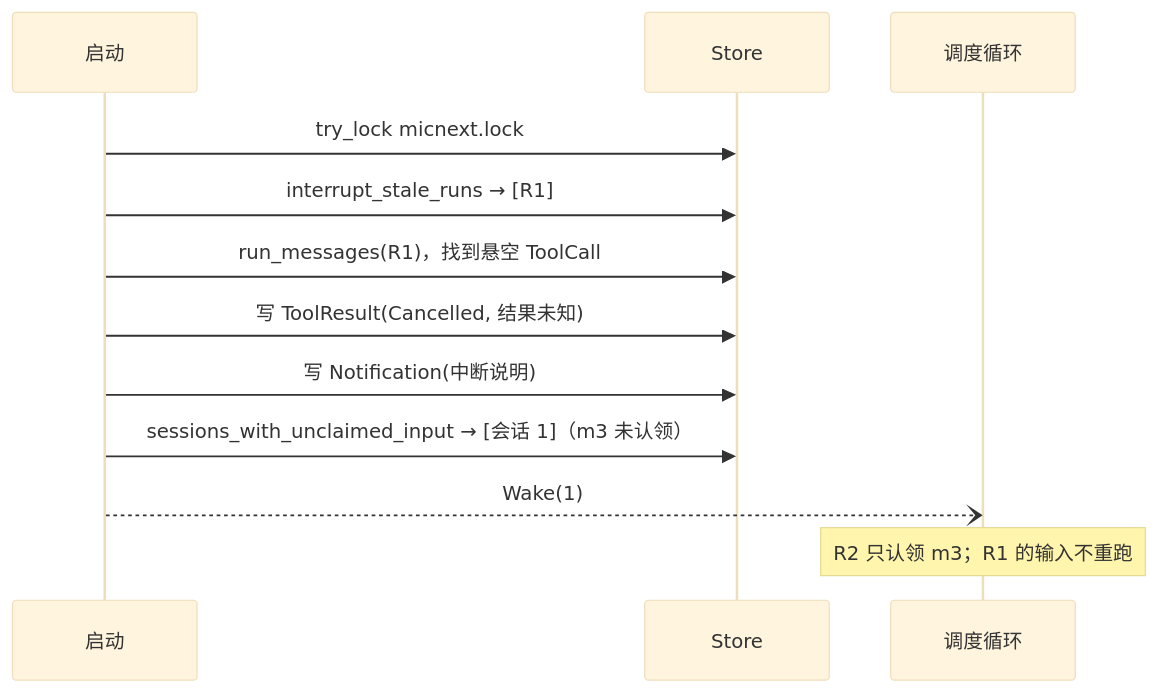
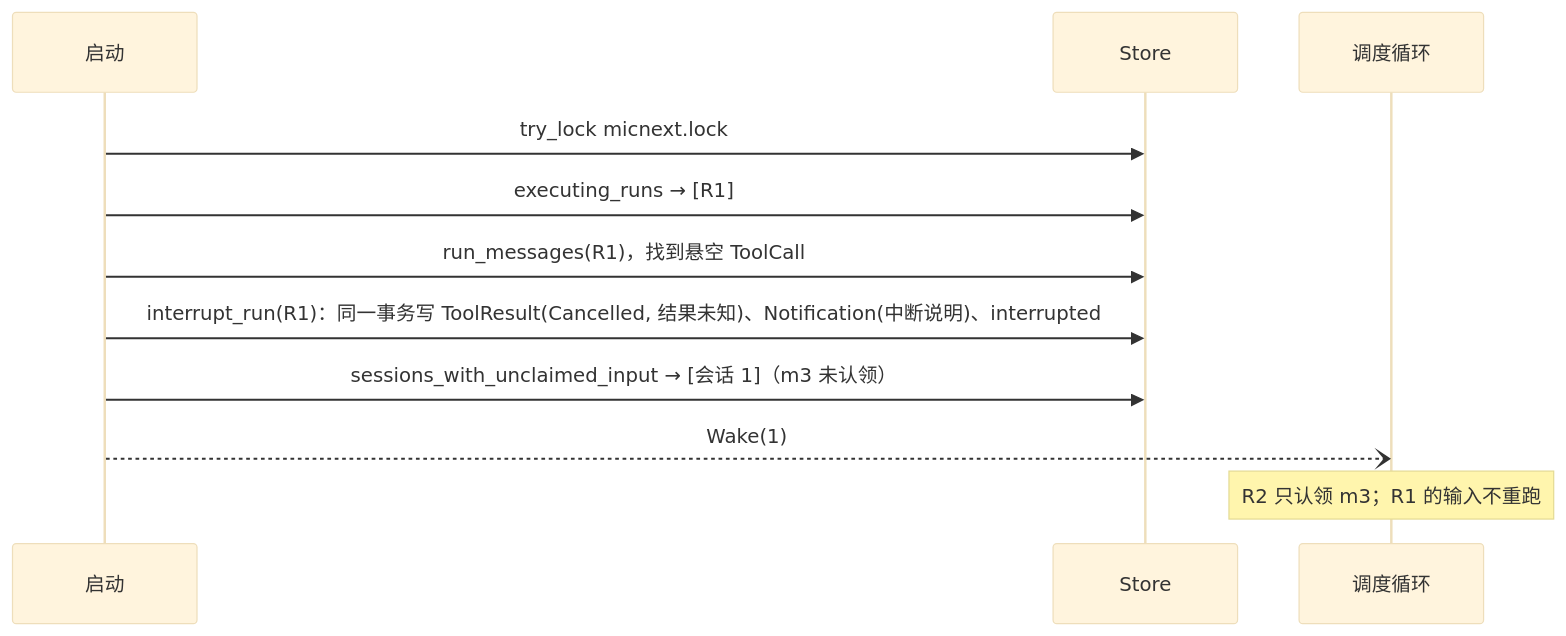
Before and after one commit to micsama/micnext: the fourth of 4 diagrams in docs/blueprints/run-execution.md, drawn with Mermaid (base theme). The commit also changed other lines of this file and 12 other files, not shown here.

First line of the commit message:
docs(blueprints): 同步运行期设置蓝图并记录后续想法

````diff
--- a/docs/blueprints/run-execution.md
+++ b/docs/blueprints/run-execution.md
@@ -382,14 +389,13 @@
 ```mermaid
 sequenceDiagram
     participant R as 启动
     participant DB as Store
     participant S as 调度循环
     R->>DB: try_lock micnext.lock
-    R->>DB: interrupt_stale_runs → [R1]
+    R->>DB: executing_runs → [R1]
     R->>DB: run_messages(R1)，找到悬空 ToolCall
-    R->>DB: 写 ToolResult(Cancelled, 结果未知)
-    R->>DB: 写 Notification(中断说明)
+    R->>DB: interrupt_run(R1)：同一事务写 ToolResult(Cancelled, 结果未知)、Notification(中断说明)、interrupted
     R->>DB: sessions_with_unclaimed_input → [会话 1]（m3 未认领）
     R--)S: Wake(1)
     Note over S: R2 只认领 m3；R1 的输入不重跑
 ```
````
